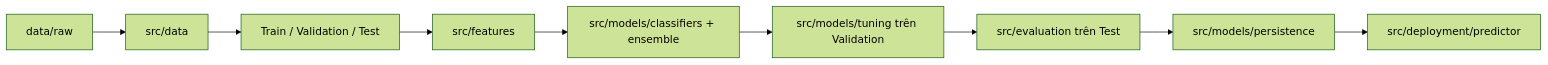
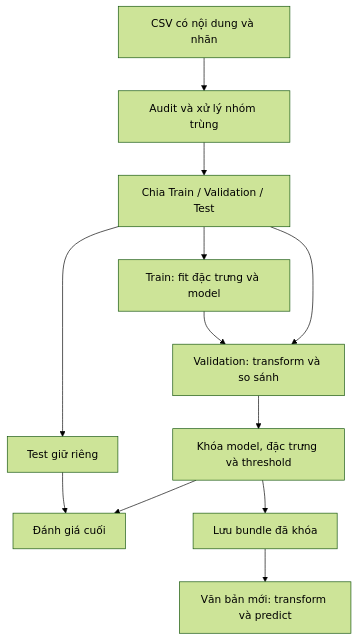
One commit to iamtien77/spam_classifier changed the diagram in docs/Algorithms/design.md. Above: the diagram before and after it, drawn with Mermaid (forest theme). The commit also changed other lines of this file and 8 other files, not shown here.

````diff
--- a/docs/Algorithms/design.md
+++ b/docs/Algorithms/design.md
@@ -43,11 +85,14 @@
 ```mermaid
-flowchart LR
-    A[data/raw] --> B[src/data]
-    B --> C[Train / Validation / Test]
-    C --> D[src/features]
-    D --> E[src/models/classifiers + ensemble]
-    E --> F[src/models/tuning trên Validation]
-    F --> G[src/evaluation trên Test]
-    G --> H[src/models/persistence]
-    H --> I[src/deployment/predictor]
+flowchart TD
+    A[CSV có nội dung và nhãn] --> B[Audit và xử lý nhóm trùng]
+    B --> C[Chia Train / Validation / Test]
+    C --> D[Train: fit đặc trưng và model]
+    C --> E[Validation: transform và so sánh]
+    D --> E
+    E --> F[Khóa model, đặc trưng và threshold]
+    C --> G[Test giữ riêng]
+    F --> H[Đánh giá cuối]
+    G --> H
+    F --> I[Lưu bundle đã khóa]
+    I --> J[Văn bản mới: transform và predict]
 ```
````
